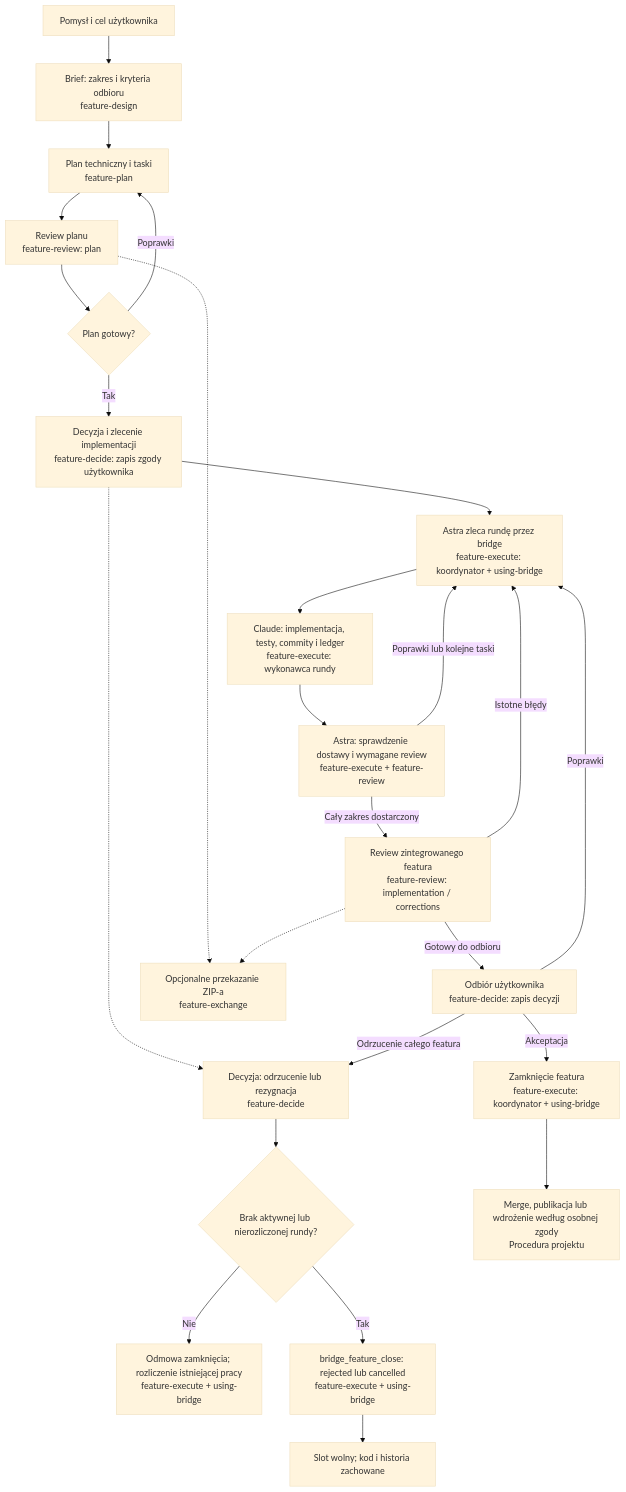
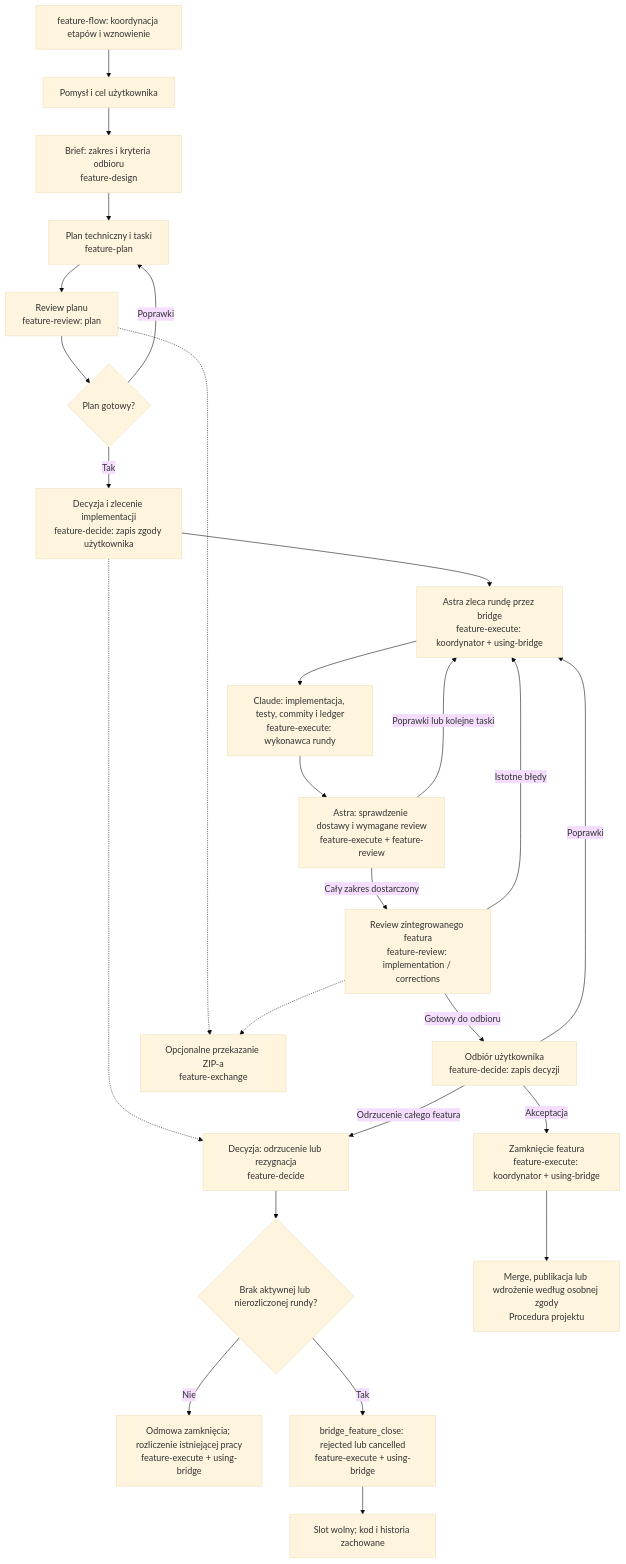
Before and after one commit to McAvity/bidirectional-bridge-claude-codex: the diagram in docs/feature-workflow-guide.md, drawn with Mermaid (base theme). The commit also changed other lines of this file and 43 other files, not shown here.

Commit message:
feat(workflow): distribute feature-flow and prepare 0.6.0

````diff
--- a/docs/feature-workflow-guide.md
+++ b/docs/feature-workflow-guide.md
@@ -10,27 +19,28 @@
 ```mermaid
 flowchart TD
+    FLOW["feature-flow: koordynacja etapów i wznowienie"] --> A
     A[Pomysł i cel użytkownika] --> B["Brief: zakres i kryteria odbioru<br/>feature-design"]
     B --> C["Plan techniczny i taski<br/>feature-plan"]
     C --> D["Review planu<br/>feature-review: plan"]
     D --> E{Plan gotowy?}
     E -->|Poprawki| C
     E -->|Tak| F["Decyzja i zlecenie implementacji<br/>feature-decide: zapis zgody użytkownika"]
     F --> G["Astra zleca rundę przez bridge<br/>feature-execute: koordynator + using-bridge"]
     G --> H["Claude: implementacja, testy, commity i ledger<br/>feature-execute: wykonawca rundy"]
     H --> I["Astra: sprawdzenie dostawy i wymagane review<br/>feature-execute + feature-review"]
     I -->|Poprawki lub kolejne taski| G
     I -->|Cały zakres dostarczony| J["Review zintegrowanego featura<br/>feature-review: implementation / corrections"]
     J -->|Istotne błędy| G
     J -->|Gotowy do odbioru| K["Odbiór użytkownika<br/>feature-decide: zapis decyzji"]
     K -->|Poprawki| G
     F -.-> N["Decyzja: odrzucenie lub rezygnacja<br/>feature-decide"]
     K -->|Odrzucenie całego featura| N
     N --> O{Brak aktywnej lub nierozliczonej rundy?}
     O -->|Nie| P["Odmowa zamknięcia; rozliczenie istniejącej pracy<br/>feature-execute + using-bridge"]
     O -->|Tak| Q["bridge_feature_close: rejected lub cancelled<br/>feature-execute + using-bridge"]
     Q --> R["Slot wolny; kod i historia zachowane"]
     K -->|Akceptacja| L["Zamknięcie featura<br/>feature-execute: koordynator + using-bridge"]
     L --> M["Merge, publikacja lub wdrożenie według osobnej zgody<br/>Procedura projektu"]
     D -.-> X["Opcjonalne przekazanie ZIP-a<br/>feature-exchange"]
     J -.-> X
 ```
````
